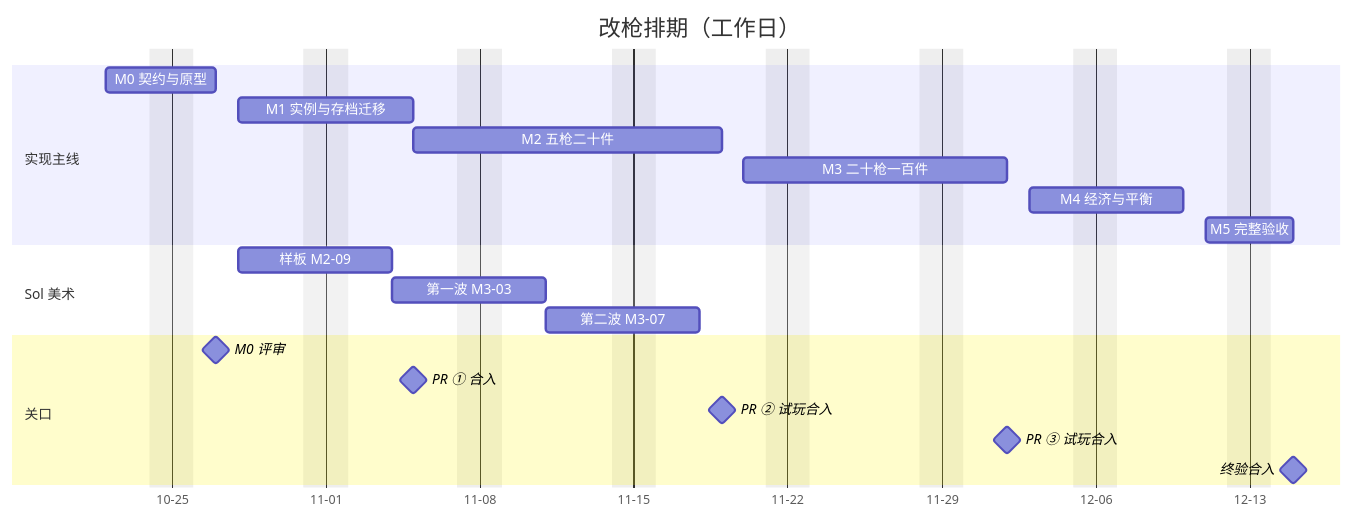
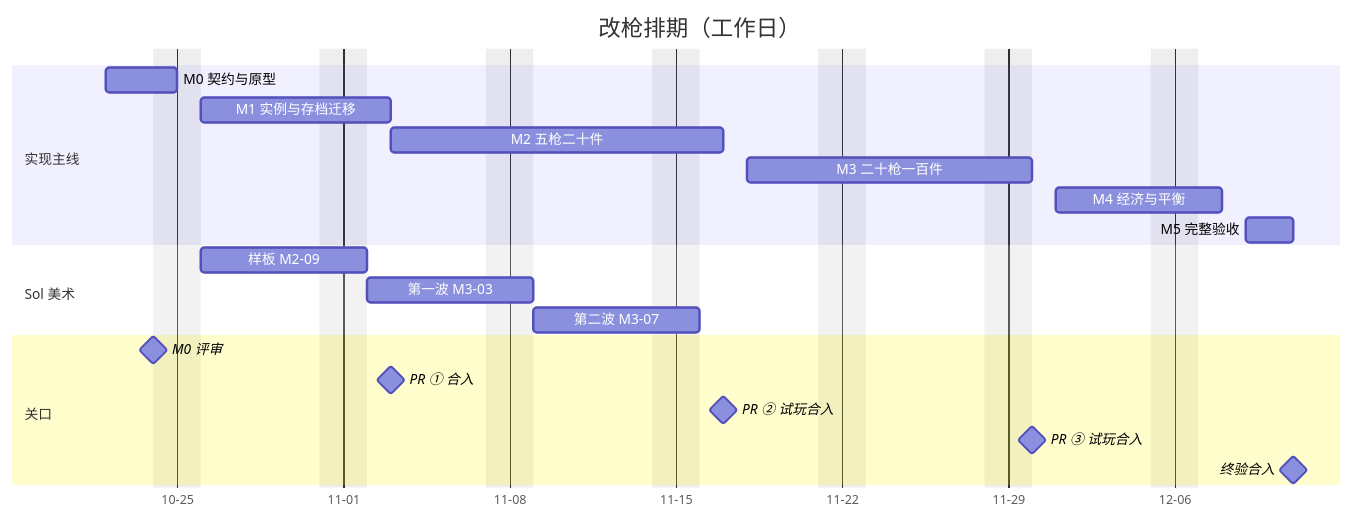
Before and after one commit to LMX-323/escape-bincov: the diagram in docs/gunsmith/TASKS.md, drawn with Mermaid. The commit also changed other lines of this file and 4 other files, not shown here.

````diff
--- a/docs/gunsmith/TASKS.md
+++ b/docs/gunsmith/TASKS.md
@@ -94,24 +94,24 @@
 ```mermaid
 gantt
     title 改枪排期（工作日）
     dateFormat YYYY-MM-DD
     axisFormat %m-%d
     excludes weekends
     section 实现主线
-    M0 契约与原型       :m0, 2026-10-22, 2026-10-27
-    M1 实例与存档迁移   :m1, 2026-10-28, 2026-11-05
-    M2 五枪二十件       :m2, 2026-11-05, 2026-11-19
-    M3 二十枪一百件     :m3, 2026-11-20, 2026-12-02
-    M4 经济与平衡       :m4, 2026-12-03, 2026-12-10
-    M5 完整验收         :m5, 2026-12-11, 2026-12-15
+    M0 契约与原型       :m0, 2026-10-22, 2026-10-25
+    M1 实例与存档迁移   :m1, 2026-10-26, 2026-11-03
+    M2 五枪二十件       :m2, 2026-11-03, 2026-11-17
+    M3 二十枪一百件     :m3, 2026-11-18, 2026-11-30
+    M4 经济与平衡       :m4, 2026-12-01, 2026-12-08
+    M5 完整验收         :m5, 2026-12-09, 2026-12-11
     section Sol 美术
-    样板 M2-09          :s1, 2026-10-28, 2026-11-04
-    第一波 M3-03        :s2, 2026-11-04, 2026-11-11
-    第二波 M3-07        :s3, 2026-11-11, 2026-11-18
+    样板 M2-09          :s1, 2026-10-26, 2026-11-02
+    第一波 M3-03        :s2, 2026-11-02, 2026-11-09
+    第二波 M3-07        :s3, 2026-11-09, 2026-11-16
     section 关口
-    M0 评审             :milestone, g0, 2026-10-27, 0d
-    PR ① 合入           :milestone, g1, 2026-11-05, 0d
-    PR ② 试玩合入       :milestone, g2, 2026-11-19, 0d
-    PR ③ 试玩合入       :milestone, g3, 2026-12-02, 0d
-    终验合入            :milestone, g5, 2026-12-15, 0d
+    M0 评审             :milestone, g0, 2026-10-24, 0d
+    PR ① 合入           :milestone, g1, 2026-11-03, 0d
+    PR ② 试玩合入       :milestone, g2, 2026-11-17, 0d
+    PR ③ 试玩合入       :milestone, g3, 2026-11-30, 0d
+    终验合入            :milestone, g5, 2026-12-11, 0d
 ```
````
